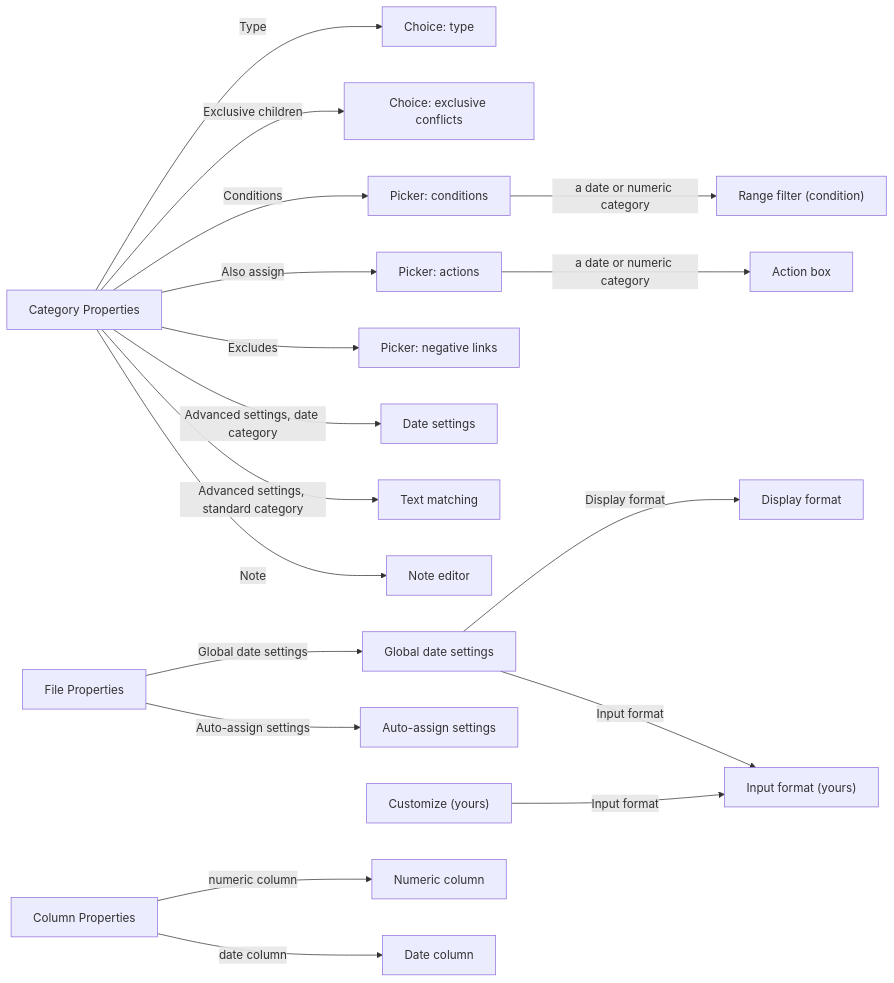
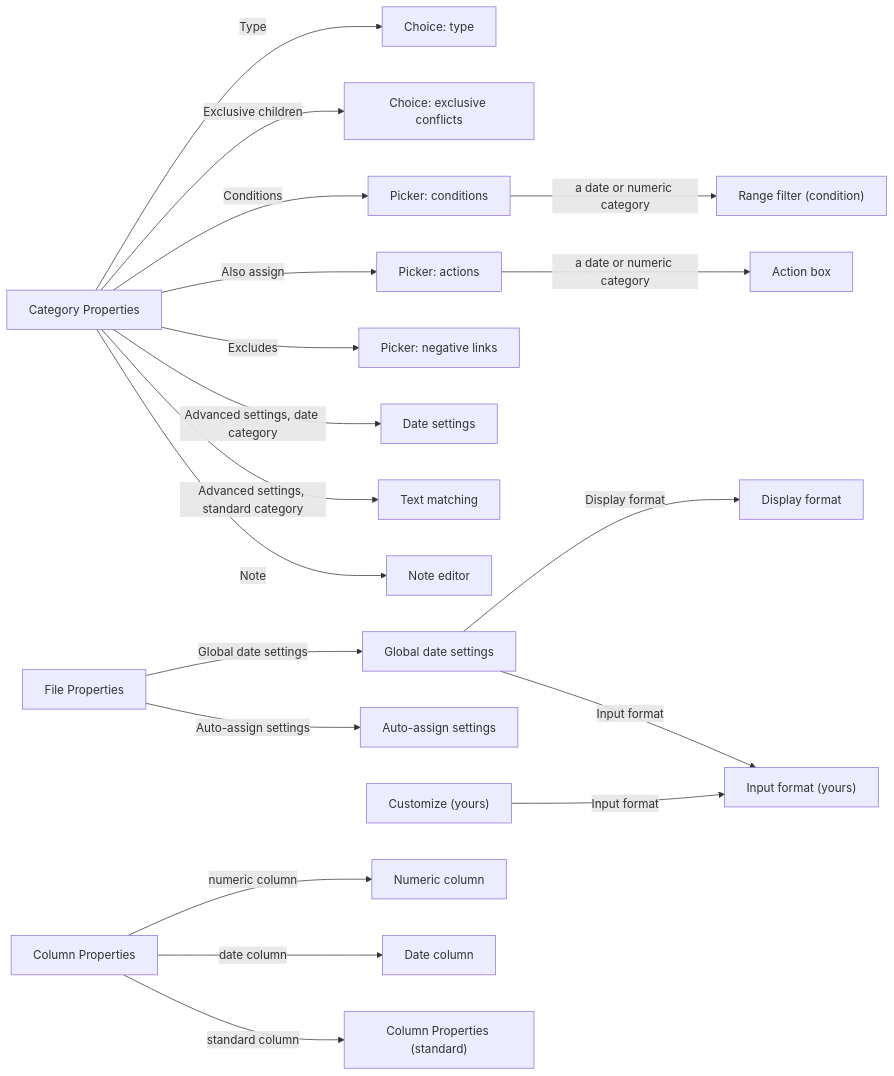
The second of 2 diagrams in docs/SCREENS.md (jamting/agendum), drawn with Mermaid before and after one commit. The commit also changed other lines of this file and 17 other files, not shown here.

First line of the commit message:
Column Properties for standard columns: Link with other sections (R55)

````diff
--- a/docs/SCREENS.md
+++ b/docs/SCREENS.md
@@ -59,23 +59,24 @@
 ```mermaid
 flowchart LR
     CatProps["Category Properties"]
     CatProps -- "Type" --> TypeChoice["Choice: type"]
     CatProps -- "Exclusive children" --> ExclChoice["Choice: exclusive conflicts"]
     CatProps -- "Conditions" --> CondPicker["Picker: conditions"]
     CondPicker -- "a date or numeric category" --> RangeCond["Range filter (condition)"]
     CatProps -- "Also assign" --> AssignPicker["Picker: actions"]
     AssignPicker -- "a date or numeric category" --> Action["Action box"]
     CatProps -- "Excludes" --> ExclPicker["Picker: negative links"]
     CatProps -- "Advanced settings, date category" --> DateRule["Date settings"]
     CatProps -- "Advanced settings, standard category" --> CatMatch["Text matching"]
     CatProps -- "Note" --> Note["Note editor"]
     FileProps["File Properties"]
     FileProps -- "Global date settings" --> DateSettings["Global date settings"]
     DateSettings -- "Display format" --> DisplayFormat["Display format"]
     DateSettings -- "Input format" --> InputFormat["Input format (yours)"]
     FileProps -- "Auto-assign settings" --> AutoAssign["Auto-assign settings"]
     Customize["Customize (yours)"] -- "Input format" --> InputFormat
     ColProps["Column Properties"]
     ColProps -- "numeric column" --> NumCol["Numeric column"]
     ColProps -- "date column" --> DateCol["Date column"]
+    ColProps -- "standard column" --> StdCol["Column Properties (standard)"]
 ```
````
